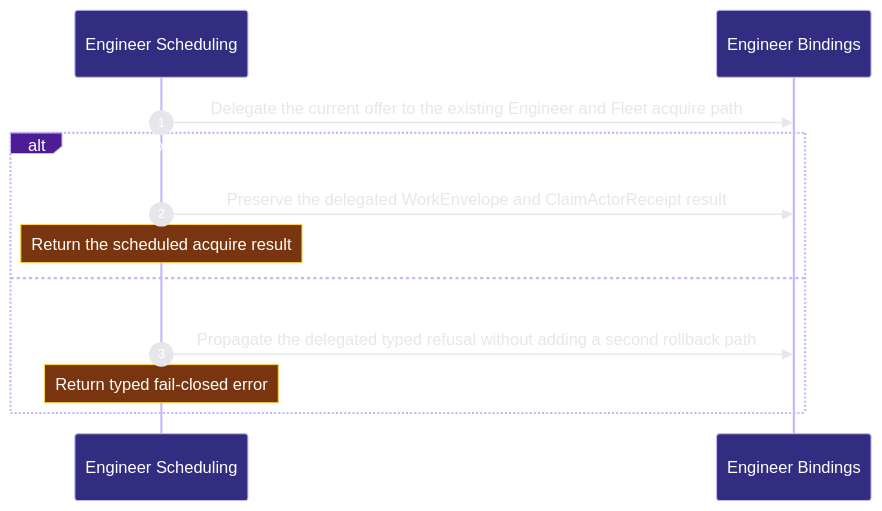
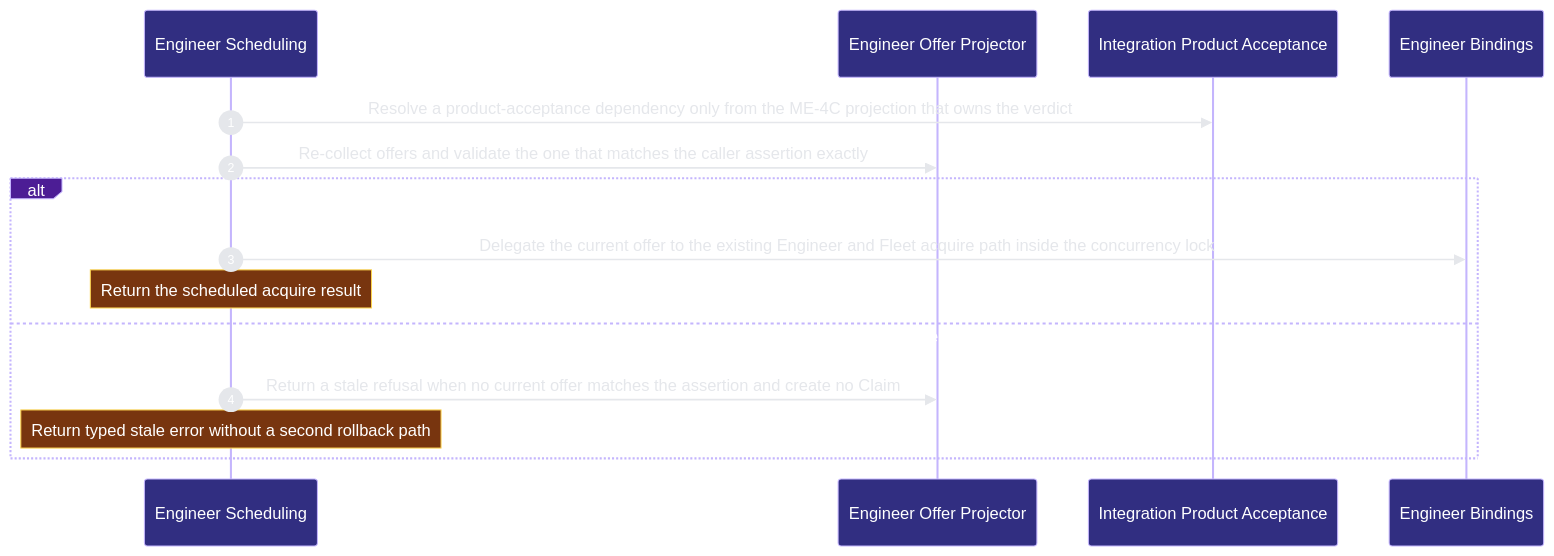
One commit to Ancienttwo/repo-harness changed the second of 2 diagrams in docs/architecture/modules/runtime-harness/engineer-scheduling.md. Above: the diagram before and after it, drawn with Mermaid. The commit also changed other lines of this file and 20 other files, not shown here.

First line of the commit message:
docs(architecture): deepen engineer and collaboration model and P3

````diff
--- a/docs/architecture/modules/runtime-harness/engineer-scheduling.md
+++ b/docs/architecture/modules/runtime-harness/engineer-scheduling.md
@@ -62,15 +69,18 @@
 ```mermaid
 %%{init: {"theme":"base","themeVariables":{"background":"#0d1117","actorBkg":"#312e81","actorBorder":"#c4b5fd","actorTextColor":"#ffffff","signalColor":"#e5e7eb","signalTextColor":"#e5e7eb","labelBoxBkgColor":"#4c1d95","labelBoxBorderColor":"#c4b5fd","labelTextColor":"#ffffff","noteBkgColor":"#78350f","noteBorderColor":"#fcd34d","noteTextColor":"#ffffff","sequenceNumberColor":"#ffffff"}}}%%
 sequenceDiagram
   autonumber
   participant p2_scheduling_authority_0fce7315 as Engineer Scheduling
+  participant p2_offer_projector_b21991b7 as Engineer Offer Projector
+  participant p2_product_acceptance_55c71f4b as Integration Product Acceptance
   participant p2_engineer_authority_fd9ce331 as Engineer Bindings
-  p2_scheduling_authority_0fce7315->>p2_engineer_authority_fd9ce331: Delegate the current offer to the existing Engineer and Fleet acquire path
+  p2_scheduling_authority_0fce7315->>p2_product_acceptance_55c71f4b: Resolve a product-acceptance dependency only from the ME-4C projection that owns the verdict
+  p2_scheduling_authority_0fce7315->>p2_offer_projector_b21991b7: Re-collect offers and validate the one that matches the caller assertion exactly
   alt The existing WorkEnvelope and immutable ClaimActorReceipt are returned unchanged
-  p2_scheduling_authority_0fce7315->>p2_engineer_authority_fd9ce331: Preserve the delegated WorkEnvelope and ClaimActorReceipt result
+  p2_scheduling_authority_0fce7315->>p2_engineer_authority_fd9ce331: Delegate the current offer to the existing Engineer and Fleet acquire path inside the concurrency lock
     Note over p2_scheduling_authority_0fce7315: Return the scheduled acquire result
-  else The existing Engineer or Fleet acquire authority refuses the revalidated offer
-  p2_scheduling_authority_0fce7315->>p2_engineer_authority_fd9ce331: Propagate the delegated typed refusal without adding a second rollback path
-    Note over p2_scheduling_authority_0fce7315: Return typed fail-closed error
+  else The asserted offer is not current before or inside the concurrency lock
+  p2_scheduling_authority_0fce7315->>p2_offer_projector_b21991b7: Return a stale refusal when no current offer matches the assertion and create no Claim
+    Note over p2_scheduling_authority_0fce7315: Return typed stale error without a second rollback path
   end
 ```
````
